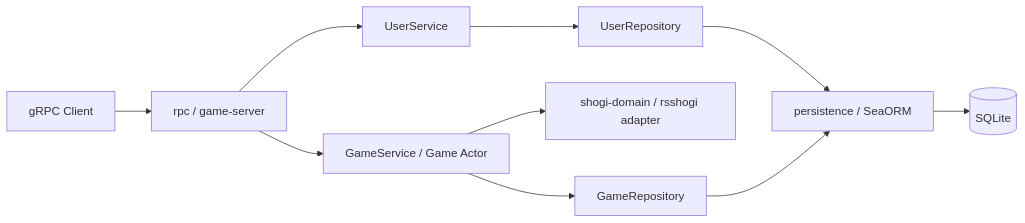
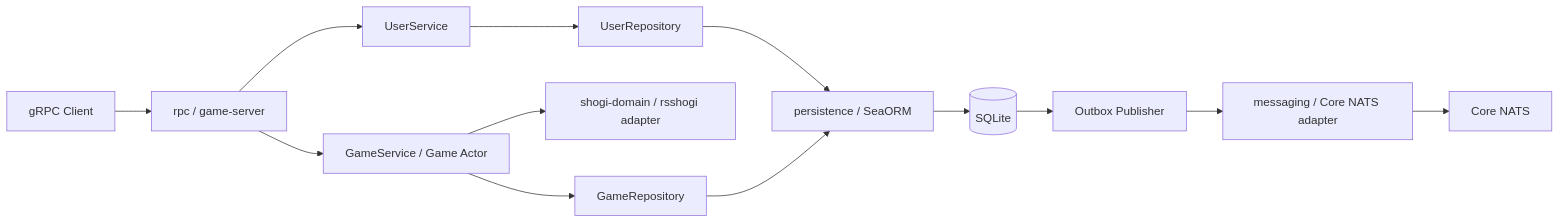
One commit to take44444/shogi-backend changed the first of 6 diagrams in architecture.md. Above: the diagram before and after it, drawn with Mermaid. The commit also changed other lines of this file and 21 other files, not shown here.

Commit message:
[WIP] Implement outbox publisher

````diff
--- a/architecture.md
+++ b/architecture.md
@@ -23,12 +24,15 @@
 ```mermaid
 flowchart LR
   C[gRPC Client] --> RPC[rpc / game-server]
   RPC --> USERS[UserService]
   RPC --> APP[GameService / Game Actor]
   APP --> DOMAIN[shogi-domain / rsshogi adapter]
   USERS --> UR[UserRepository]
   APP --> GR[GameRepository]
   UR --> PERSIST[persistence / SeaORM]
   GR --> PERSIST
   PERSIST --> DB[(SQLite)]
+  DB --> OUT[Outbox Publisher]
+  OUT --> MSG[messaging / Core NATS adapter]
+  MSG --> NATS[Core NATS]
 ```
````
